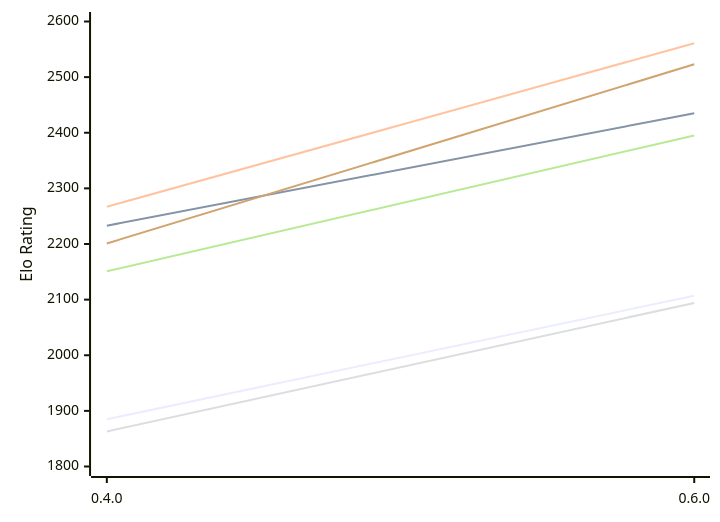
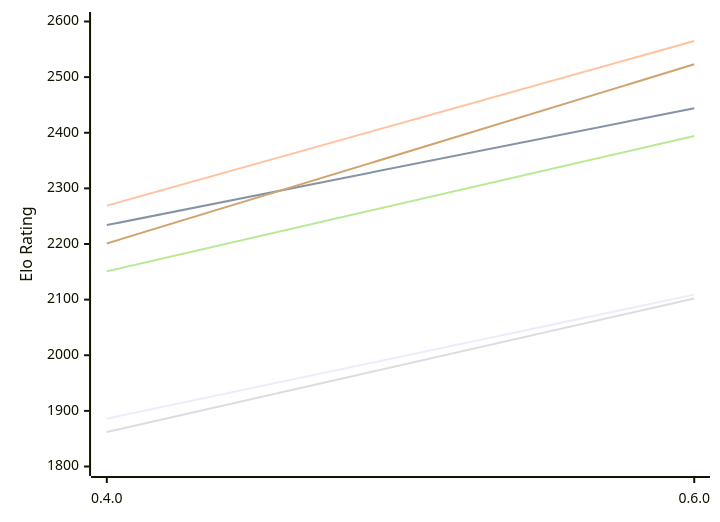
Before and after one commit to computer-chess-index/cci: the first of 2 diagrams in engines/Ariadne.md, drawn with Mermaid. The commit also changed other lines of this file, not shown here.

Commit message:
Update CCI Ratings (ELO VLTC) - 2026-11-22

````diff
--- a/engines/Ariadne.md
+++ b/engines/Ariadne.md
@@ -50,12 +50,12 @@
 ```mermaid
 %%{init: {"theme":"base","themeVariables":{"seriesColors:['#a3a3a3','#222221','#faa371']}}}%%
 xychart-beta
   x-axis ["0.4.0", "0.6.0"]
   y-axis "Elo Rating" 1800 --> 2600
-  line "E1: STC (8.0+0.08s)" [1885, 2107]
-  line "E1: LTC (60.0+0.60s)" [2233, 2435]
-  line "E1: VLTC (2m24s+1.12s)" [2267, 2561]
-  line "P1: STC (8.0+0.08s)" [1863, 2094]
-  line "P1: LTC (60.0+0.60s)" [2151, 2395]
+  line "E1: STC (8.0+0.08s)" [1886, 2109]
+  line "E1: LTC (60.0+0.60s)" [2234, 2444]
+  line "E1: VLTC (2m24s+1.12s)" [2269, 2565]
+  line "P1: STC (8.0+0.08s)" [1862, 2102]
+  line "P1: LTC (60.0+0.60s)" [2151, 2394]
   line "P1: VLTC (2m24s+1.12s)" [2201, 2523]
 ```
````
